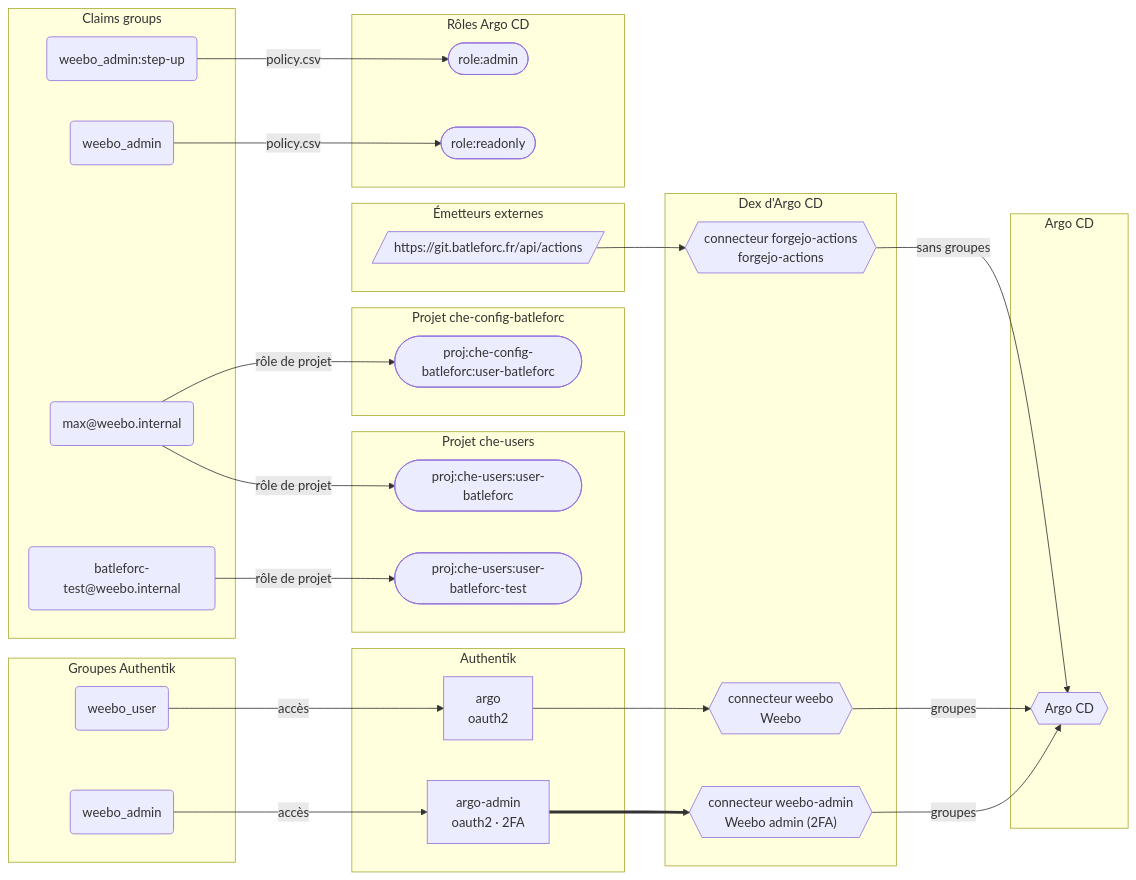
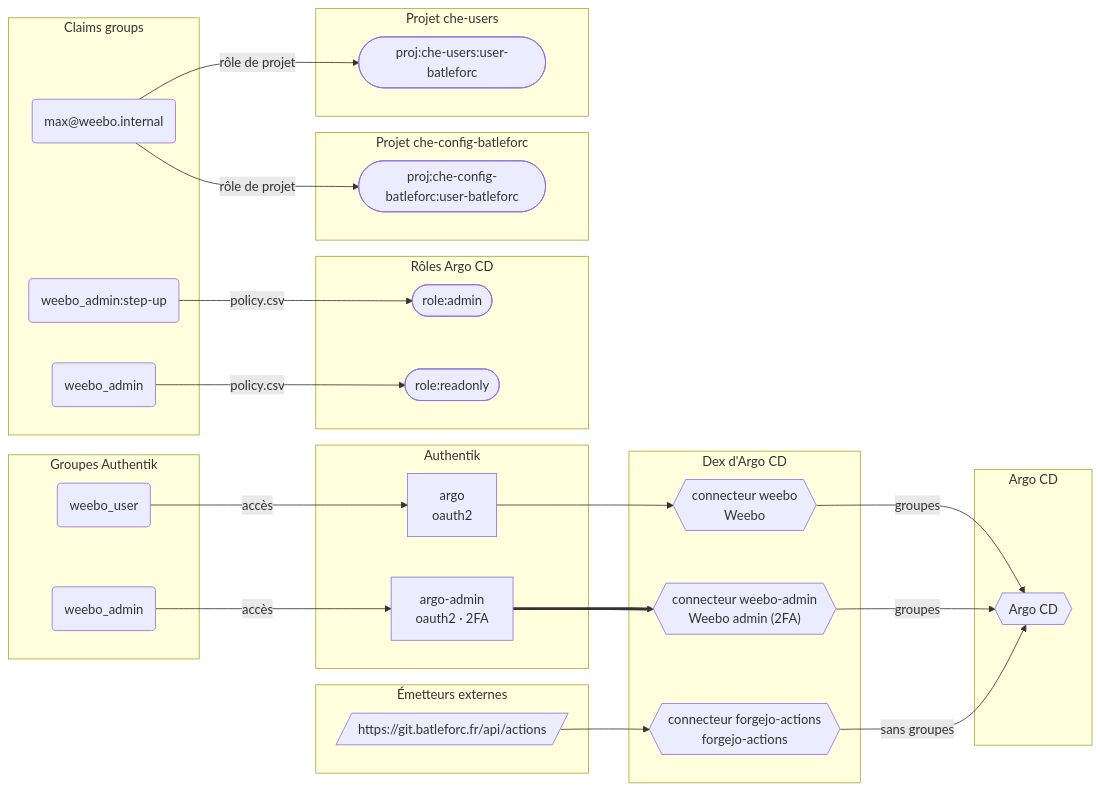
Before and after one commit to batleforc/weebo-si: the diagram in 0.docs/content/docs/security/authentication/argocd.mdx, drawn with Mermaid. The commit also changed other lines of this file and 6 other files, not shown here.

First line of the commit message:
docs(runbooks): départ d'un utilisateur, testé sur batleforc-test

````diff
--- a/0.docs/content/docs/security/authentication/argocd.mdx
+++ b/0.docs/content/docs/security/authentication/argocd.mdx
@@ -10,52 +10,49 @@
 ```mermaid
 flowchart LR
   subgraph n_sg_Argo_CD_7a7c93["Argo CD"]
     n_argocd_88dc19{{"Argo CD"}}
   end
   subgraph n_sg_Dex_d_Argo_CD_86e450["Dex d'Argo CD"]
     n_conn_weebo_f3bc65{{"connecteur weebo<br/>Weebo"}}
     n_conn_weebo_admin_fec74b{{"connecteur weebo-admin<br/>Weebo admin (2FA)"}}
     n_conn_forgejo_actions_7232d9{{"connecteur forgejo-actions<br/>forgejo-actions"}}
   end
   subgraph n_sg_Authentik_212dcb["Authentik"]
     n_ak_argo_358618["argo<br/>oauth2"]
     n_ak_argo_admin_7fdc96["argo-admin<br/>oauth2 · 2FA"]
   end
   subgraph n_sg_Groupes_Authentik_560804["Groupes Authentik"]
     n_group_weebo_user_58ae05("weebo_user")
     n_group_weebo_admin_38219b("weebo_admin")
   end
   subgraph n_sg__metteurs_externes_d65dd9["Émetteurs externes"]
     n_ext_https___git_batleforc_fr_api_actions_a6fdf1[/"https://git.batleforc.fr/api/actions"/]
   end
   subgraph n_sg_Claims_groups_804256["Claims groups"]
     n_claim_weebo_admin_step_up_348fcd("weebo_admin:step-up")
     n_claim_weebo_admin_5bbd1d("weebo_admin")
     n_claim_max_weebo_internal_e2e9e1("max@weebo.internal")
-    n_claim_batleforc_test_weebo_internal_69b8a7("batleforc-test@weebo.internal")
   end
   subgraph n_sg_R_les_Argo_CD_be5664["Rôles Argo CD"]
     n_role_role_admin_10a3e4(["role:admin"])
     n_role_role_readonly_cab0d8(["role:readonly"])
   end
   subgraph n_sg_Projet_che_config_batleforc_f2500c["Projet che-config-batleforc"]
     n_prole_che_config_batleforc_user_batleforc_0ce05f(["proj:che-config-batleforc:user-batleforc"])
   end
   subgraph n_sg_Projet_che_users_ad876b["Projet che-users"]
     n_prole_che_users_user_batleforc_c7d9e9(["proj:che-users:user-batleforc"])
-    n_prole_che_users_user_batleforc_test_8f5a6d(["proj:che-users:user-batleforc-test"])
   end
   n_ak_argo_358618 --> n_conn_weebo_f3bc65
   n_group_weebo_user_58ae05 -->|"accès"| n_ak_argo_358618
   n_conn_weebo_f3bc65 -->|"groupes"| n_argocd_88dc19
   n_ak_argo_admin_7fdc96 ==> n_conn_weebo_admin_fec74b
   n_group_weebo_admin_38219b -->|"accès"| n_ak_argo_admin_7fdc96
   n_conn_weebo_admin_fec74b -->|"groupes"| n_argocd_88dc19
   n_ext_https___git_batleforc_fr_api_actions_a6fdf1 --> n_conn_forgejo_actions_7232d9
   n_conn_forgejo_actions_7232d9 -->|"sans groupes"| n_argocd_88dc19
   n_claim_weebo_admin_step_up_348fcd -->|"policy.csv"| n_role_role_admin_10a3e4
   n_claim_weebo_admin_5bbd1d -->|"policy.csv"| n_role_role_readonly_cab0d8
   n_claim_max_weebo_internal_e2e9e1 -->|"rôle de projet"| n_prole_che_config_batleforc_user_batleforc_0ce05f
   n_claim_max_weebo_internal_e2e9e1 -->|"rôle de projet"| n_prole_che_users_user_batleforc_c7d9e9
-  n_claim_batleforc_test_weebo_internal_69b8a7 -->|"rôle de projet"| n_prole_che_users_user_batleforc_test_8f5a6d
 ```
````
